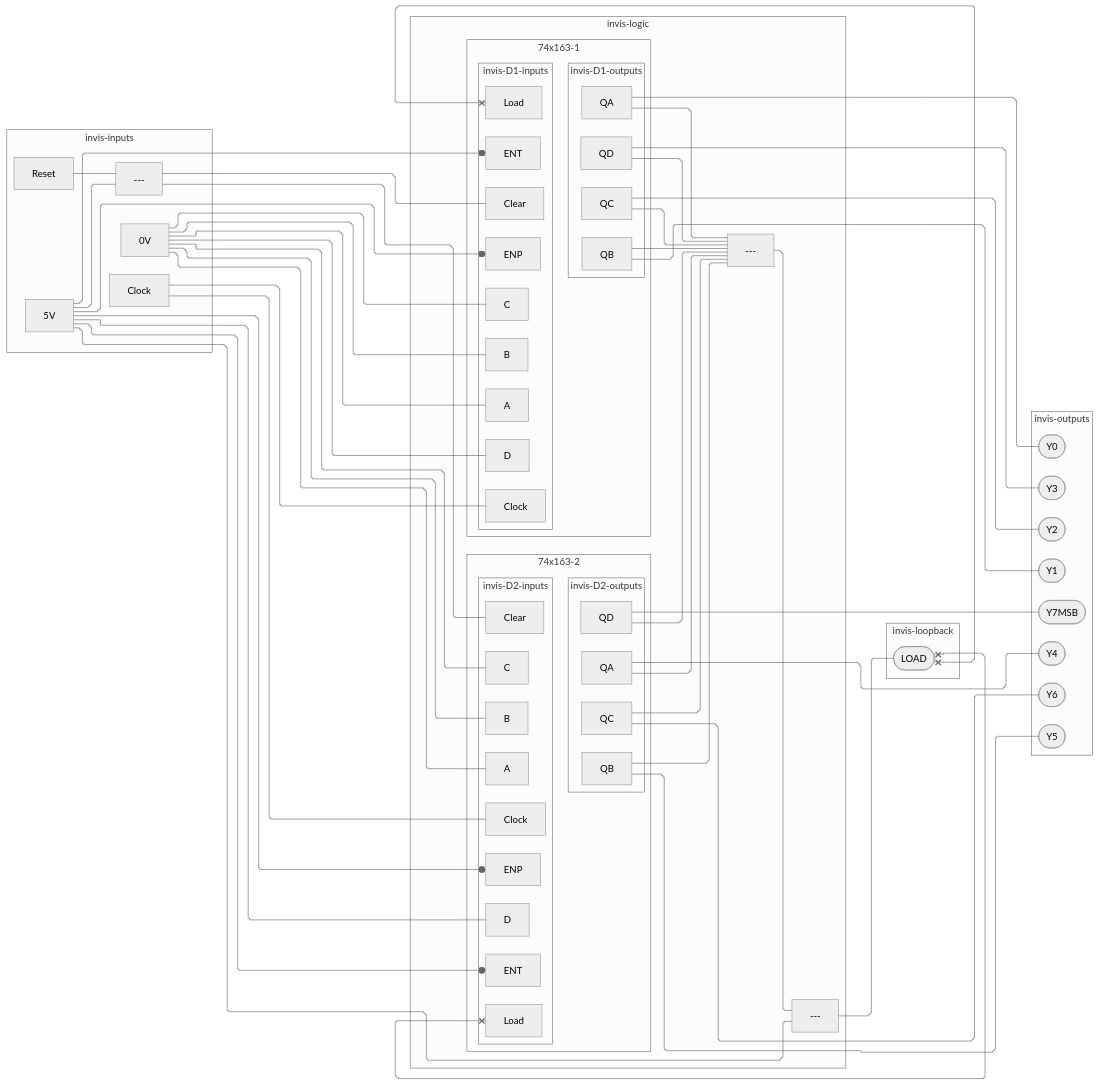
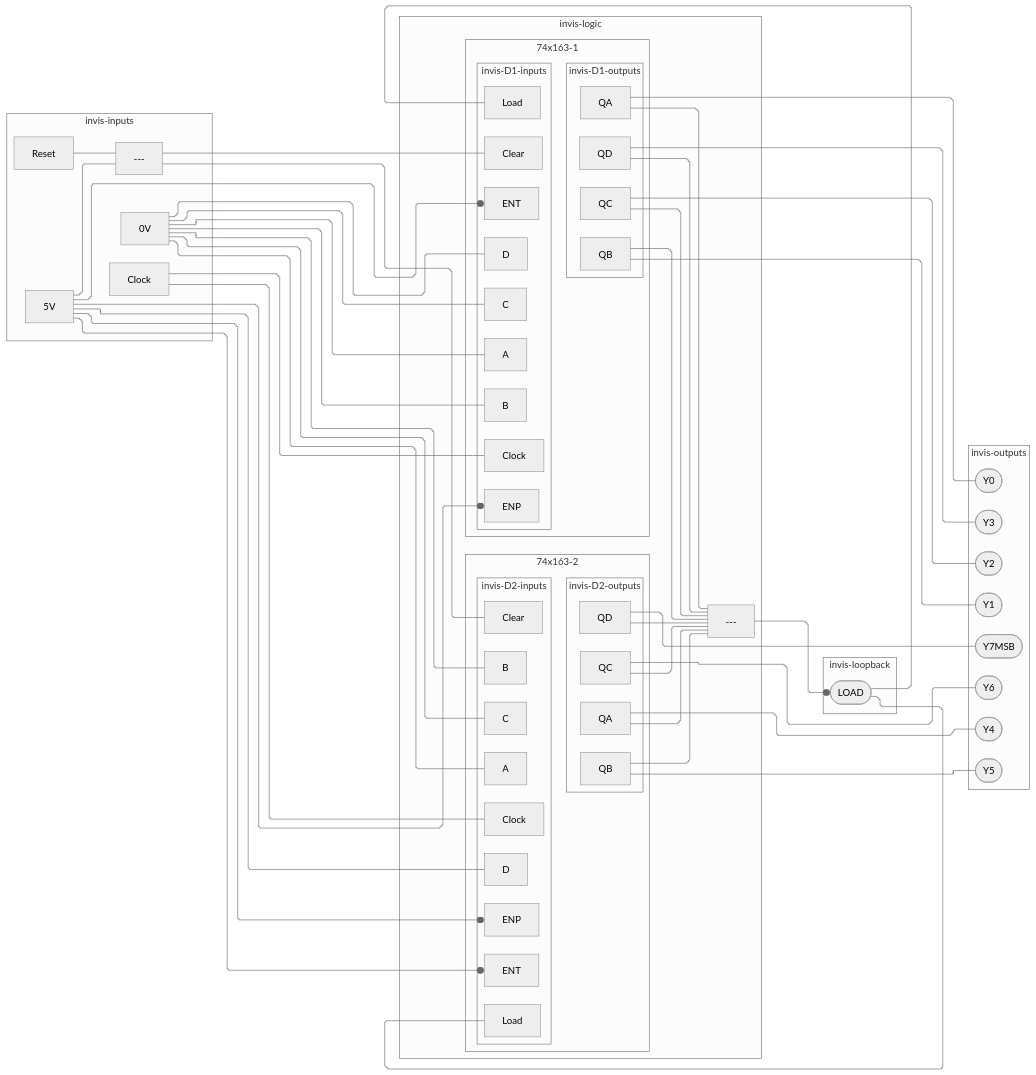
Before and after one commit to tnichols217/notes: the seventh of 8 diagrams in CSDS 281 - Logic Design/HW/8/Tables.md, drawn with Mermaid (neutral theme).

Commit message:
vault backup: 2024-04-05 07:48:16

````diff
--- a/CSDS 281 - Logic Design/HW/8/Tables.md
+++ b/CSDS 281 - Logic Design/HW/8/Tables.md
@@ -327,80 +327,79 @@
 ```mermaid
 %%{ init: { 'flowchart': { 'curve': 'stepBefore', "defaultRenderer": "elk" } } }%%
 flowchart LR
 subgraph invis-inputs
 	Clock
 	5V
 	0V
 	Reset
 	Reset & 5V --- xor1[---]
 end
 subgraph invis-logic
 	subgraph 74x163-1
 		subgraph invis-D1-inputs
 			D1c[Clock]
 			D1CLR[Clear]
 			D1LD[Load]
 			D1ENP[ENP]
 			D1ENT[ENT]
 			D1A[A]
 			D1B[B]
 			D1C[C]
 			D1D[D]
 		end
 		Clock --- D1c
 		xor1 --- D1CLR
 		subgraph invis-D1-outputs
 			Q1A[QA]
 			Q1B[QB]
 			Q1C[QC]
 			Q1D[QD]
 		end
 		invis-D1-inputs ~~~ invis-D1-outputs
 	end
 	subgraph 74x163-2
 		subgraph invis-D2-inputs
 			D2c[Clock]
 			D2CLR[Clear]
 			D2LD[Load]
 			D2ENP[ENP]
 			D2ENT[ENT]
 			D2A[A]
 			D2B[B]
 			D2C[C]
 			D2D[D]
 		end
 		Clock --- D2c
 		xor1 --- D2CLR
 		subgraph invis-D2-outputs
 			Q2A[QA]
 			Q2B[QB]
 			Q2C[QC]
 			Q2D[QD]
 		end
 		invis-D2-inputs ~~~ invis-D2-outputs
 	end
 	5V ---o D1ENP & D1ENT
 	5V ---o D2ENP & D2ENT
 	Q1A & Q1B & Q1C & Q1D & Q2A & Q2B & Q2C & Q2D
 		--- nor1[---]
-	5V & nor1 --- xor2[---]
 	0V --- D1A & D1B & D1C & D1D & D2A & D2B & D2C
 	5V --- D2D
 end
 
 subgraph invis-loopback
-	xor2 --- RLD([LOAD])
-	RLD x---x D1LD & D2LD
+	nor1 ---o RLD([LOAD])
+	RLD --- D1LD & D2LD
 end
 subgraph invis-outputs
 		Q1A --- Y0([Y0])
 		Q1B --- Y1([Y1])
 		Q1C --- Y2([Y2])
 		Q1D --- Y3([Y3])
 		Q2A --- Y4([Y4])
 		Q2B --- Y5([Y5])
 		Q2C --- Y6([Y6])
 		Q2D --- Y7([Y7MSB])
 end
 invis-inputs ~~~ invis-logic ~~~ invis-loopback ~~~ invis-outputs
 ```
````
